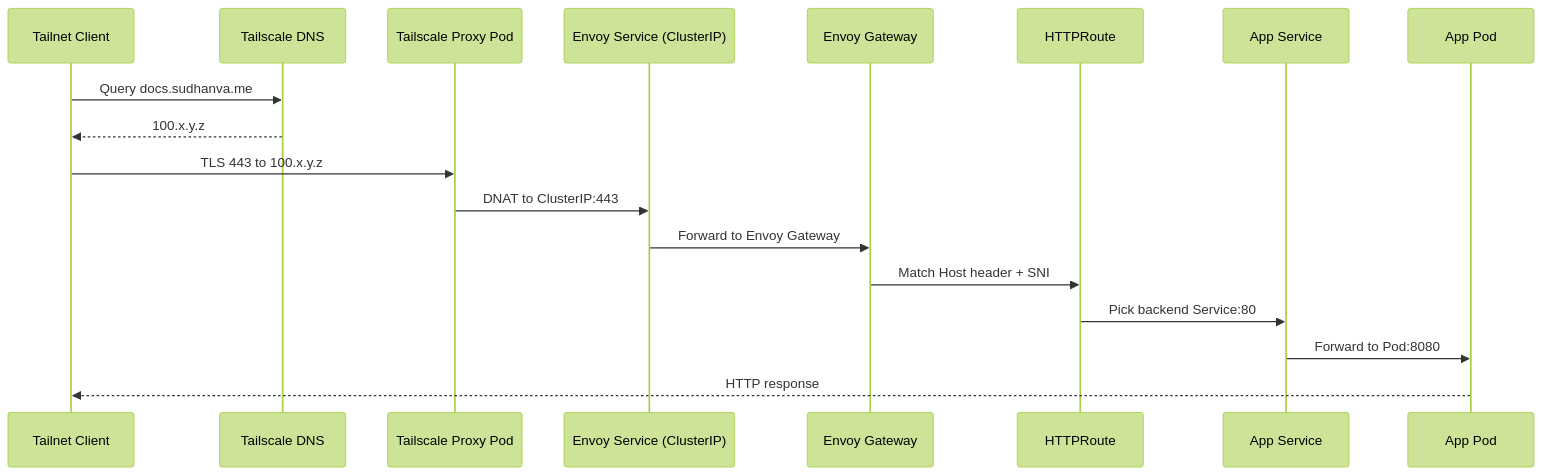
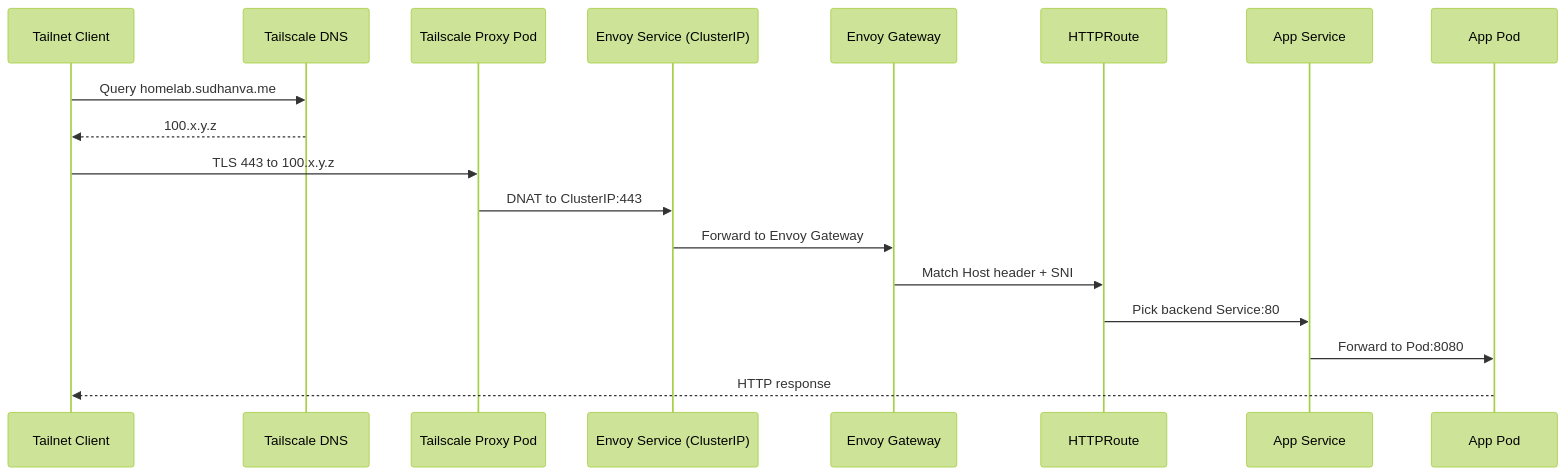
One commit to nsudhanva/homelab changed the second of 4 diagrams in docs/src/content/docs/explanation/gateway-networking.md. Above: the diagram before and after it, drawn with Mermaid (forest theme). The commit also changed other lines of this file and 11 other files, not shown here.

Commit message:
feat(docs): update documentation URL to homelab.sudhanva.me and expand Homer dashboard

````diff
--- a/docs/src/content/docs/explanation/gateway-networking.md
+++ b/docs/src/content/docs/explanation/gateway-networking.md
@@ -53,21 +53,21 @@
 ```mermaid
 sequenceDiagram
     participant Client as Tailnet Client
     participant TSdns as Tailscale DNS
     participant TS as Tailscale Proxy Pod
     participant Svc as Envoy Service (ClusterIP)
     participant Envoy as Envoy Gateway
     participant Route as HTTPRoute
     participant AppSvc as App Service
     participant Pod as App Pod
 
-    Client->>TSdns: Query docs.sudhanva.me
+    Client->>TSdns: Query homelab.sudhanva.me
     TSdns-->>Client: 100.x.y.z
     Client->>TS: TLS 443 to 100.x.y.z
     TS->>Svc: DNAT to ClusterIP:443
     Svc->>Envoy: Forward to Envoy Gateway
     Envoy->>Route: Match Host header + SNI
     Route->>AppSvc: Pick backend Service:80
     AppSvc->>Pod: Forward to Pod:8080
     Pod-->>Client: HTTP response
 ```
````
